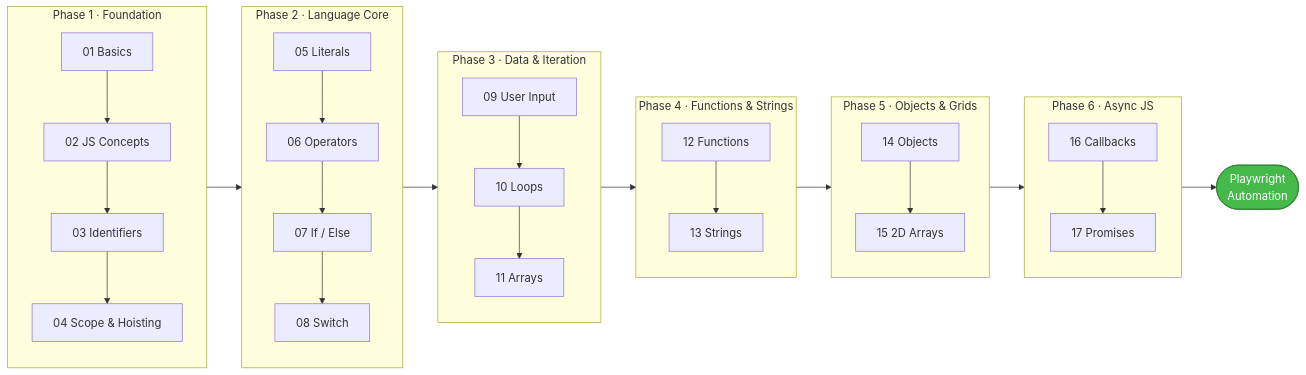
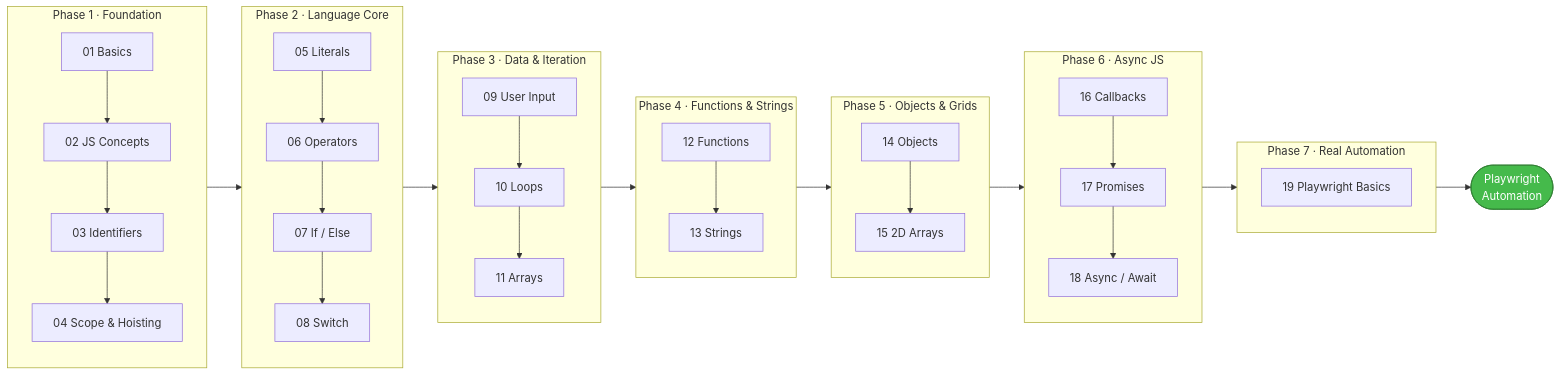
One commit to Tush783/LEARNPLAYWRIGHTBATCH2X changed the diagram in README.md. Above: the diagram before and after it, drawn with Mermaid. The commit also changed other lines of this file and 10 other files, not shown here.

First line of the commit message:
feat: add chapter 18 Async/Await, chapter 19 Playwright setup, and update README

````diff
--- a/README.md
+++ b/README.md
@@ -39,36 +39,41 @@
 ```mermaid
 flowchart LR
     subgraph P1["Phase 1 · Foundation"]
         direction TB
         C1["01 Basics"] --> C2["02 JS Concepts"] --> C3["03 Identifiers"] --> C4["04 Scope & Hoisting"]
     end
 
     subgraph P2["Phase 2 · Language Core"]
         direction TB
         C5["05 Literals"] --> C6["06 Operators"] --> C7["07 If / Else"] --> C8["08 Switch"]
     end
 
     subgraph P3["Phase 3 · Data & Iteration"]
         direction TB
         C9["09 User Input"] --> C10["10 Loops"] --> C11["11 Arrays"]
     end
 
     subgraph P4["Phase 4 · Functions & Strings"]
         direction TB
         C12["12 Functions"] --> C13["13 Strings"]
     end
 
     subgraph P5["Phase 5 · Objects & Grids"]
         direction TB
         C14["14 Objects"] --> C15["15 2D Arrays"]
     end
 
     subgraph P6["Phase 6 · Async JS"]
         direction TB
-        C16["16 Callbacks"] --> C17["17 Promises"]
+        C16["16 Callbacks"] --> C17["17 Promises"] --> C18["18 Async / Await"]
     end
 
-    P1 --> P2 --> P3 --> P4 --> P5 --> P6 --> PW(["Playwright\nAutomation"])
+    subgraph P7["Phase 7 · Real Automation"]
+        direction TB
+        C19["19 Playwright Basics"]
+    end
+
+    P1 --> P2 --> P3 --> P4 --> P5 --> P6 --> P7 --> PW(["Playwright\nAutomation"])
 
     style PW fill:#45ba4b,stroke:#2e7d32,color:#fff
 ```
````
